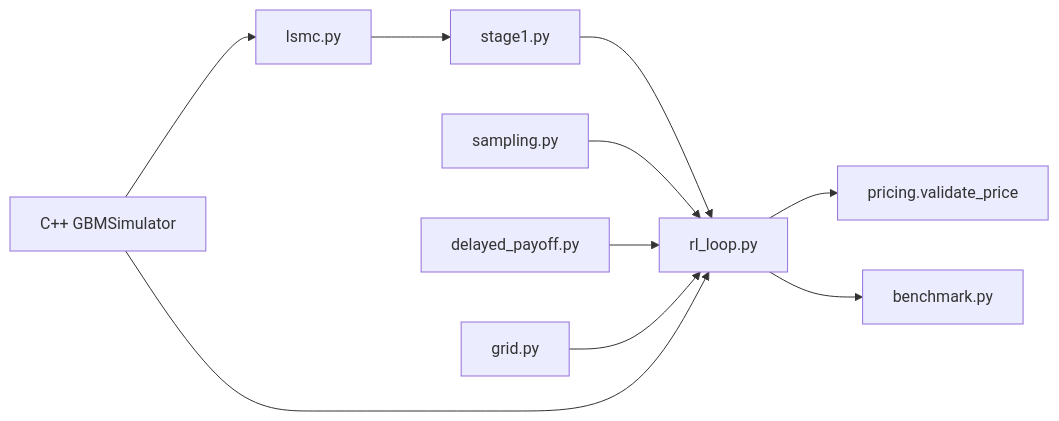
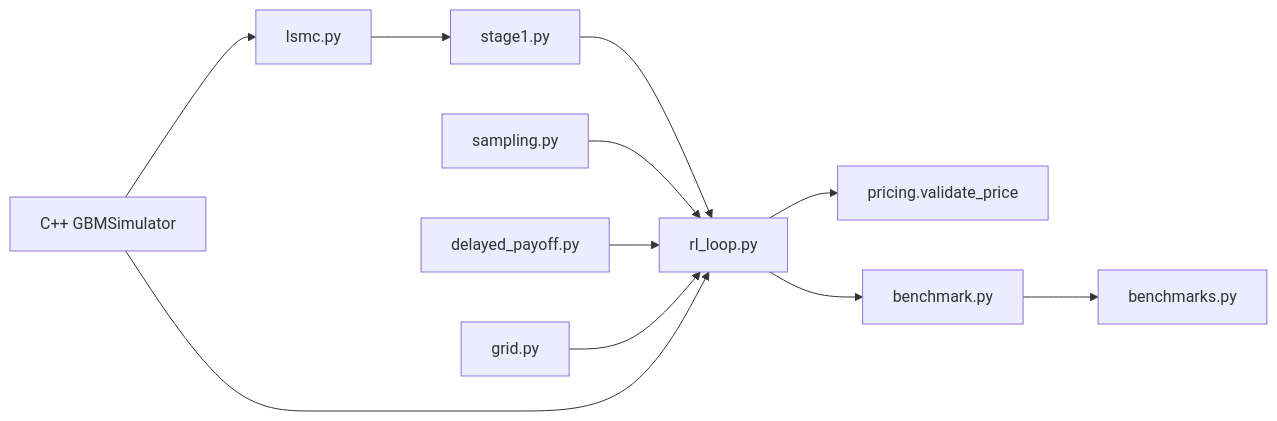
The diagram in README.md (JasonMun7/CARLOS-core), drawn with Mermaid before and after one commit. The commit also changed other lines of this file and 2 other files, not shown here.

````diff
--- a/README.md
+++ b/README.md
@@ -61,12 +71,13 @@
 ```mermaid
 flowchart LR
   LSMC[lsmc.py] --> Stage1[stage1.py]
   Stage1 --> RL[rl_loop.py]
   Sampling[sampling.py] --> RL
   Delay[delayed_payoff.py] --> RL
   Grid[grid.py] --> RL
   Sim[C++ GBMSimulator] --> LSMC
   Sim --> RL
   RL --> Price[pricing.validate_price]
   RL --> Bench[benchmark.py]
+  Bench --> Presets[benchmarks.py]
 ```
````
